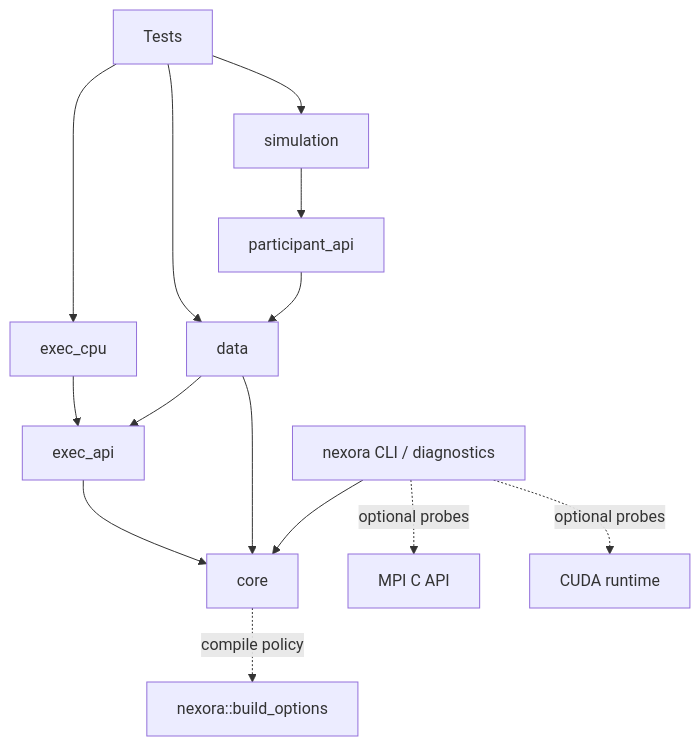
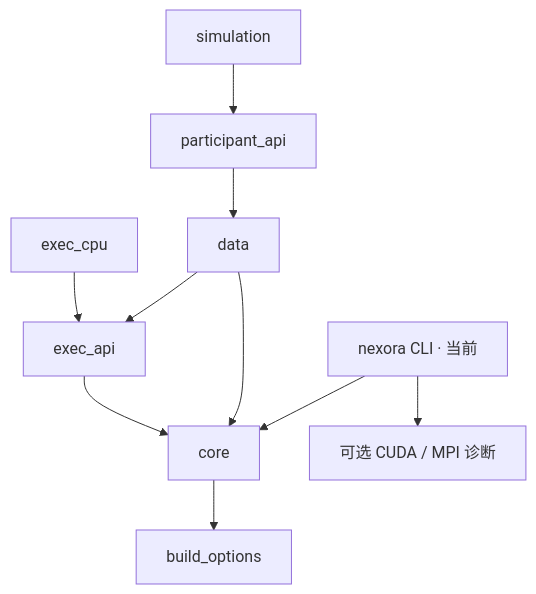
The first of 3 diagrams in docs/architecture/overview.md (joe-cheung-cae/nexora), drawn with Mermaid before and after one commit. The commit also changed other lines of this file and 16 other files, not shown here.

````diff
--- a/docs/architecture/overview.md
+++ b/docs/architecture/overview.md
@@ -7,16 +31,12 @@
 ```mermaid
 flowchart TD
-  cli["nexora CLI / diagnostics"] --> core
-  simulation --> participant_api
-  participant_api --> data
-  data --> exec_api
-  data --> core
-  exec_cpu --> exec_api
-  exec_api --> core
-  tests[Tests] --> simulation
-  tests --> exec_cpu
-  tests --> data
-  core -. compile policy .-> build_options["nexora::build_options"]
-  cli -. optional probes .-> mpi[MPI C API]
-  cli -. optional probes .-> cuda[CUDA runtime]
+  CLI["nexora CLI · 当前"] --> C["core"]
+  CLI --> D["可选 CUDA / MPI 诊断"]
+  S["simulation"] --> P["participant_api"]
+  P --> F["data"]
+  F --> C
+  F --> E["exec_api"]
+  CPU["exec_cpu"] --> E
+  E --> C
+  C --> B["build_options"]
 ```
````
